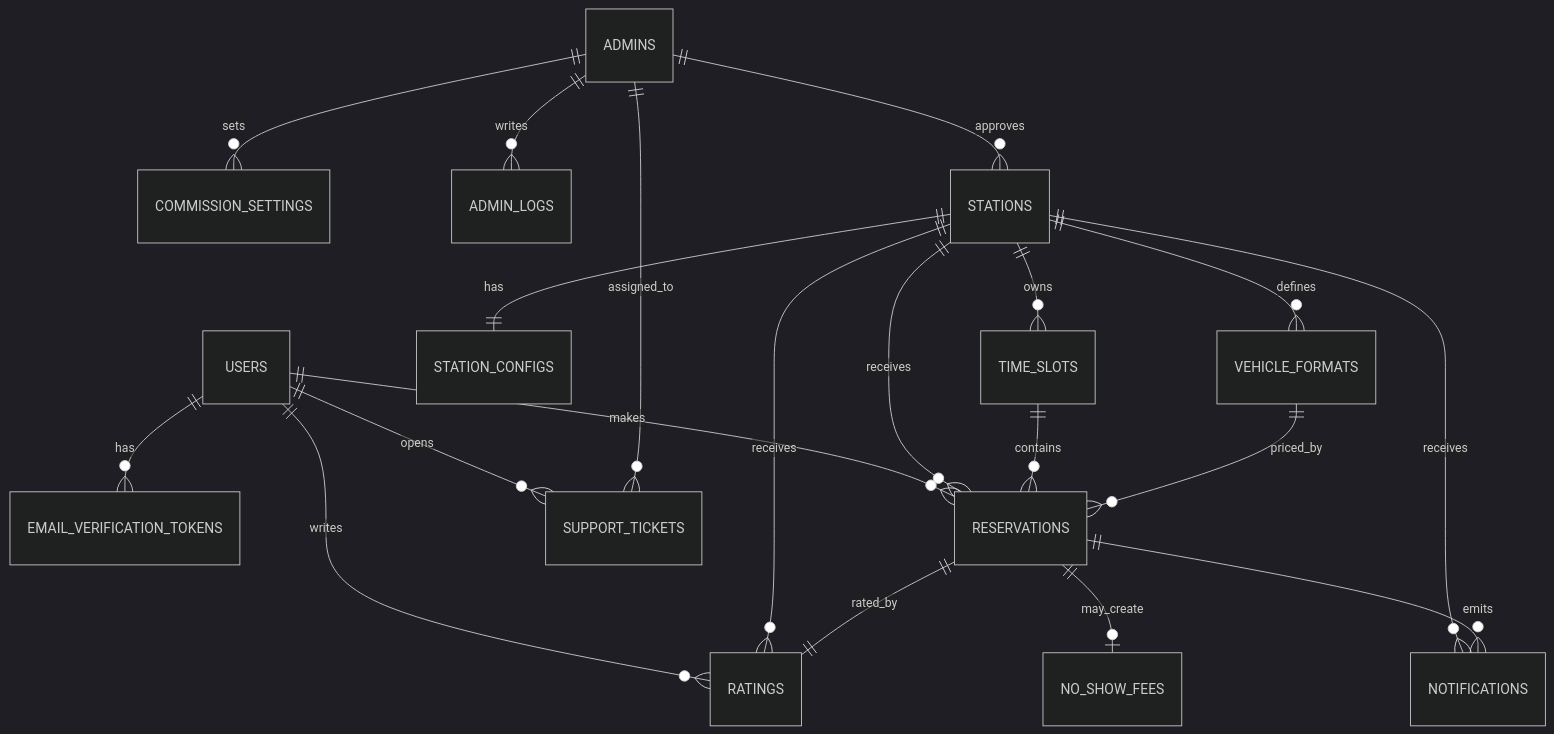
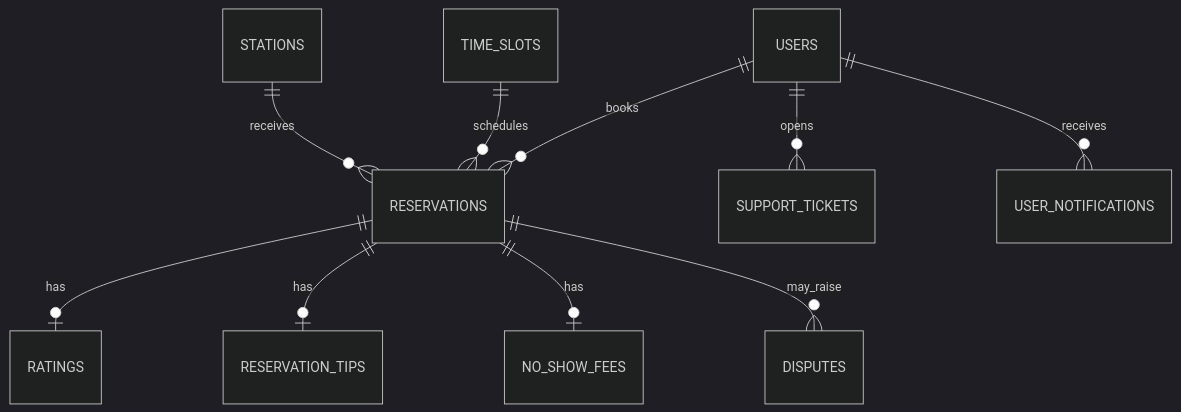
The sixth of 7 diagrams in docs/CHARTS_PROVIDER.md (LAVE-AUTO/lavo), drawn with Mermaid (dark theme) before and after one commit. The commit also changed other lines of this file and 7 other files, not shown here.

````diff
--- a/docs/CHARTS_PROVIDER.md
+++ b/docs/CHARTS_PROVIDER.md
@@ -144,25 +122,12 @@
 ```mermaid
 erDiagram
-    USERS ||--o{ EMAIL_VERIFICATION_TOKENS : has
-    USERS ||--o{ RESERVATIONS : makes
-    USERS ||--o{ RATINGS : writes
+    USERS ||--o{ RESERVATIONS : books
+    STATIONS ||--o{ RESERVATIONS : receives
+    TIME_SLOTS ||--o{ RESERVATIONS : schedules
+    RESERVATIONS ||--o| RATINGS : has
+    RESERVATIONS ||--o| RESERVATION_TIPS : has
+    RESERVATIONS ||--o| NO_SHOW_FEES : has
+    RESERVATIONS ||--o{ DISPUTES : may_raise
     USERS ||--o{ SUPPORT_TICKETS : opens
-
-    ADMINS ||--o{ COMMISSION_SETTINGS : sets
-    ADMINS ||--o{ ADMIN_LOGS : writes
-    ADMINS ||--o{ SUPPORT_TICKETS : assigned_to
-    ADMINS ||--o{ STATIONS : approves
-
-    STATIONS ||--|| STATION_CONFIGS : has
-    STATIONS ||--o{ VEHICLE_FORMATS : defines
-    STATIONS ||--o{ TIME_SLOTS : owns
-    STATIONS ||--o{ RESERVATIONS : receives
-    STATIONS ||--o{ RATINGS : receives
-    STATIONS ||--o{ NOTIFICATIONS : receives
-
-    TIME_SLOTS ||--o{ RESERVATIONS : contains
-    VEHICLE_FORMATS ||--o{ RESERVATIONS : priced_by
-    RESERVATIONS ||--o{ NOTIFICATIONS : emits
-    RESERVATIONS ||--|| RATINGS : rated_by
-    RESERVATIONS ||--o| NO_SHOW_FEES : may_create
+    USERS ||--o{ USER_NOTIFICATIONS : receives
 ```
````
